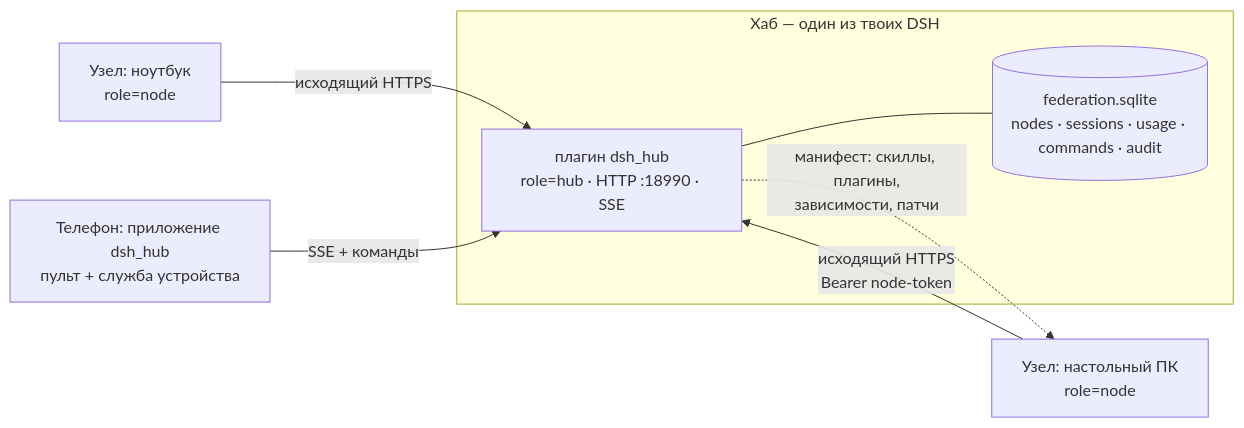
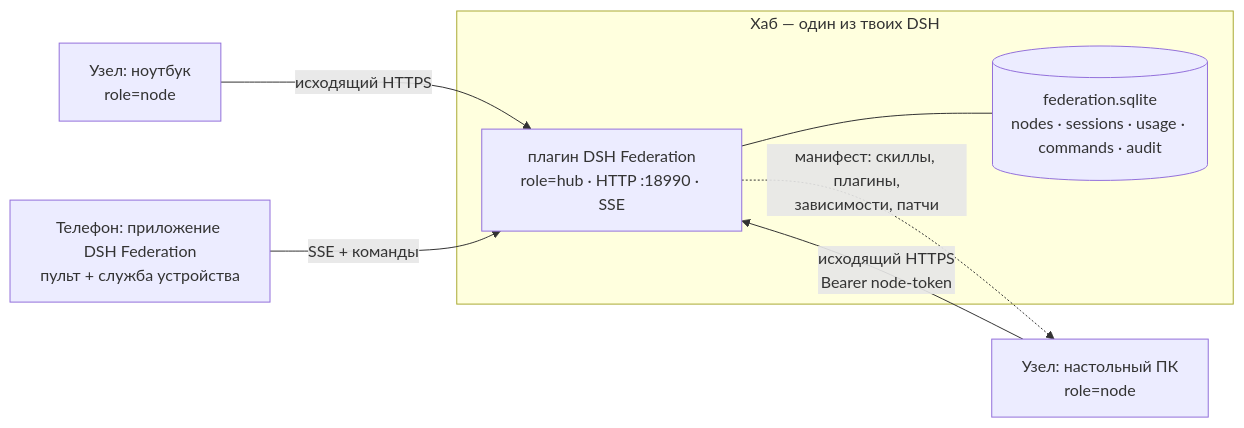
One commit to rukazax/dsh-federation changed the first of 2 diagrams in README.md. Above: the diagram before and after it, drawn with Mermaid. The commit also changed other lines of this file and 14 other files, not shown here.

First line of the commit message:
Переименование: dsh_hub → DSH Federation (dsh-federation)

````diff
--- a/README.md
+++ b/README.md
@@ -61,12 +61,12 @@
 ```mermaid
 flowchart LR
   subgraph HUB["Хаб — один из твоих DSH"]
-    H["плагин dsh_hub<br/>role=hub · HTTP :18990 · SSE"]
+    H["плагин DSH Federation<br/>role=hub · HTTP :18990 · SSE"]
     DB[("federation.sqlite<br/>nodes · sessions · usage · commands · audit")]
   end
   N1["Узел: настольный ПК<br/>role=node"] -->|исходящий HTTPS<br/>Bearer node-token| H
   N2["Узел: ноутбук<br/>role=node"] -->|исходящий HTTPS| H
-  M["Телефон: приложение dsh_hub<br/>пульт + служба устройства"] -->|SSE + команды| H
+  M["Телефон: приложение DSH Federation<br/>пульт + служба устройства"] -->|SSE + команды| H
   H -.->|"манифест: скиллы, плагины,<br/>зависимости, патчи"| N1
   H --- DB
 ```
````
